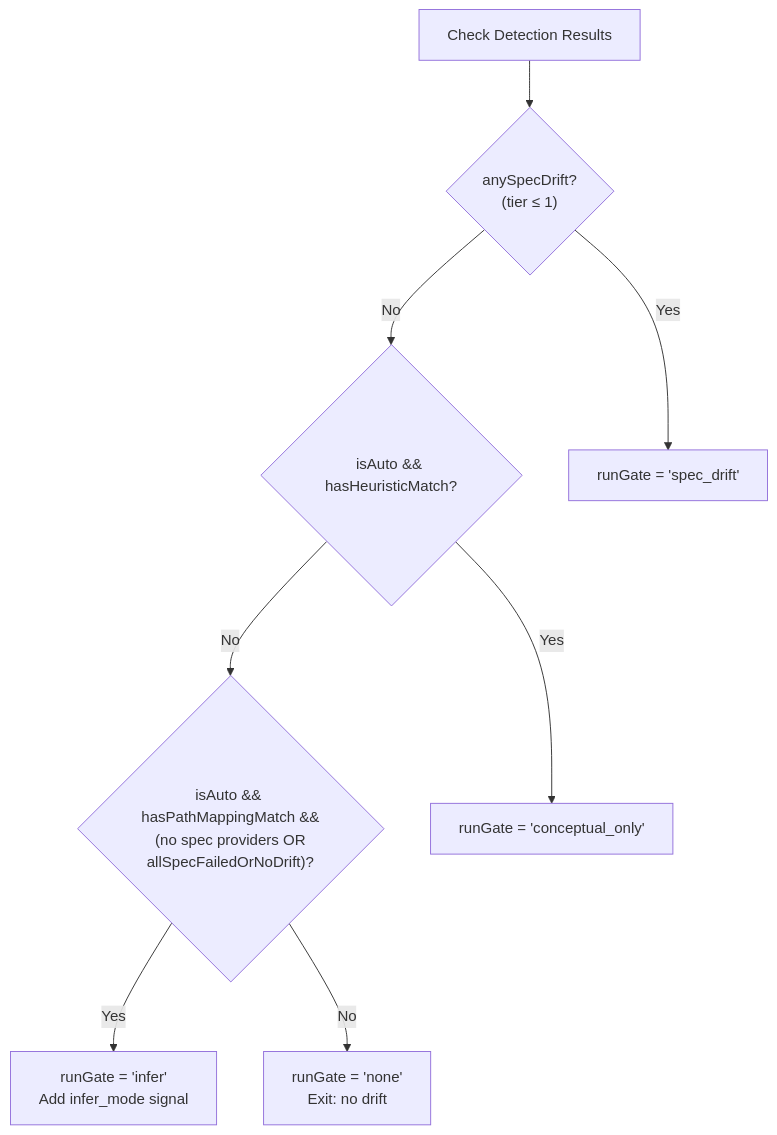
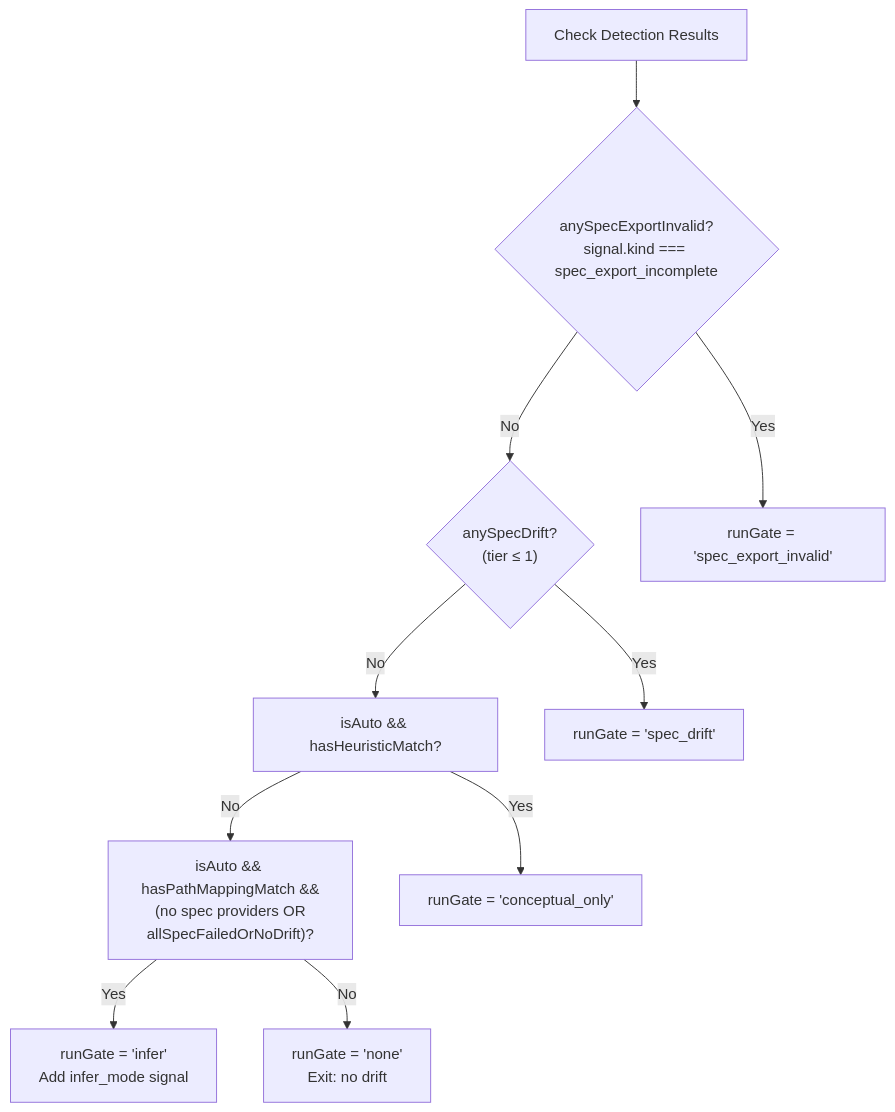
Before and after one commit to cameronking4/docdrift: the fifth of 7 diagrams in docs/deepwiki/pages/transport-interface-and-contract.mdx, drawn with Mermaid. The commit also changed other lines of this file and 17 other files, not shown here.

First line of the commit message:
feat: introduce validation for OpenAPI spec completeness and update run gate logic

````diff
--- a/docs/deepwiki/pages/transport-interface-and-contract.mdx
+++ b/docs/deepwiki/pages/transport-interface-and-contract.mdx
@@ -365,21 +365,25 @@
 ```mermaid
 graph TD
     Start["Check Detection Results"]
     
+    SpecExportInvalid{"anySpecExportInvalid?<br/>signal.kind === spec_export_incomplete"}
     SpecDrift{"anySpecDrift?<br/>(tier ≤ 1)"}
-    HeuristicMatch{"isAuto && hasHeuristicMatch?"}
-    PathMapMatch{"isAuto && hasPathMappingMatch &&<br/>(no spec providers OR<br/>allSpecFailedOrNoDrift)?"}
+    HeuristicMatch["isAuto && hasHeuristicMatch?"]
+    PathMapMatch["isAuto && hasPathMappingMatch &&<br/>(no spec providers OR<br/>allSpecFailedOrNoDrift)?"]
     
+    GateSpecExportInvalid["runGate = 'spec_export_invalid'"]
     GateSpecDrift["runGate = 'spec_drift'"]
     GateConceptual["runGate = 'conceptual_only'"]
     GateInfer["runGate = 'infer'<br/>Add infer_mode signal"]
     GateNone["runGate = 'none'<br/>Exit: no drift"]
     
-    Start --> SpecDrift
+    Start --> SpecExportInvalid
+    SpecExportInvalid -->|Yes| GateSpecExportInvalid
+    SpecExportInvalid -->|No| SpecDrift
     SpecDrift -->|Yes| GateSpecDrift
     SpecDrift -->|No| HeuristicMatch
     HeuristicMatch -->|Yes| GateConceptual
     HeuristicMatch -->|No| PathMapMatch
     PathMapMatch -->|Yes| GateInfer
     PathMapMatch -->|No| GateNone
 ```
````
